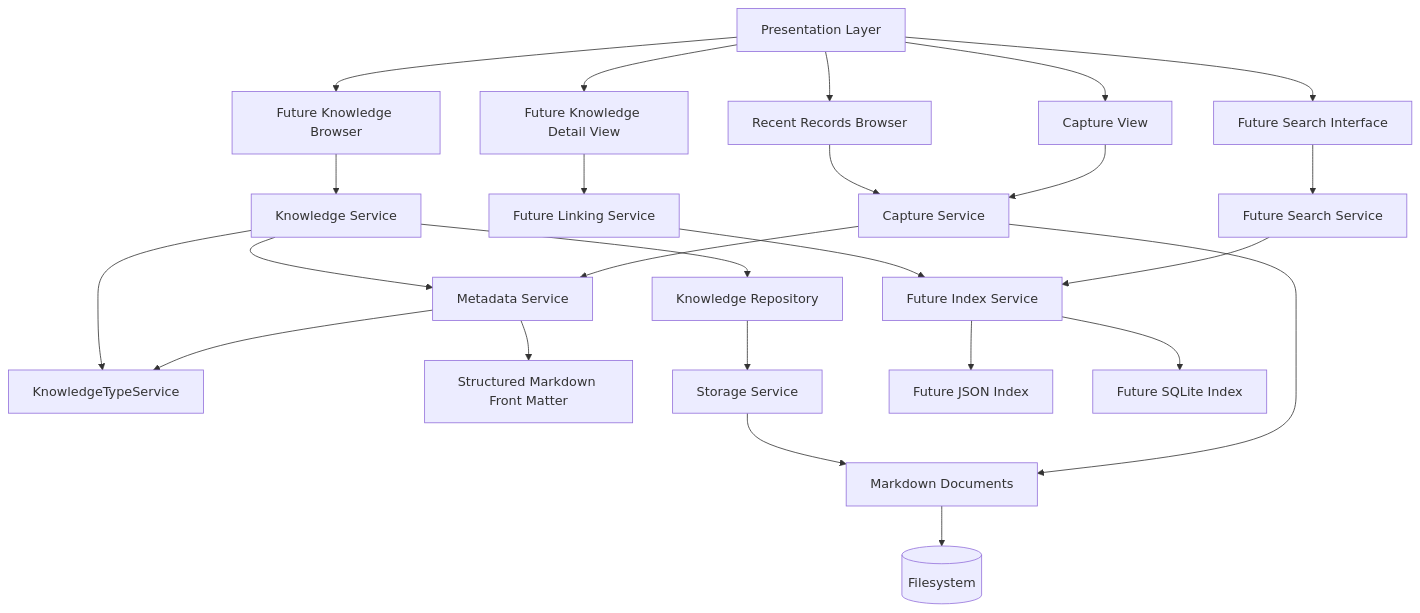
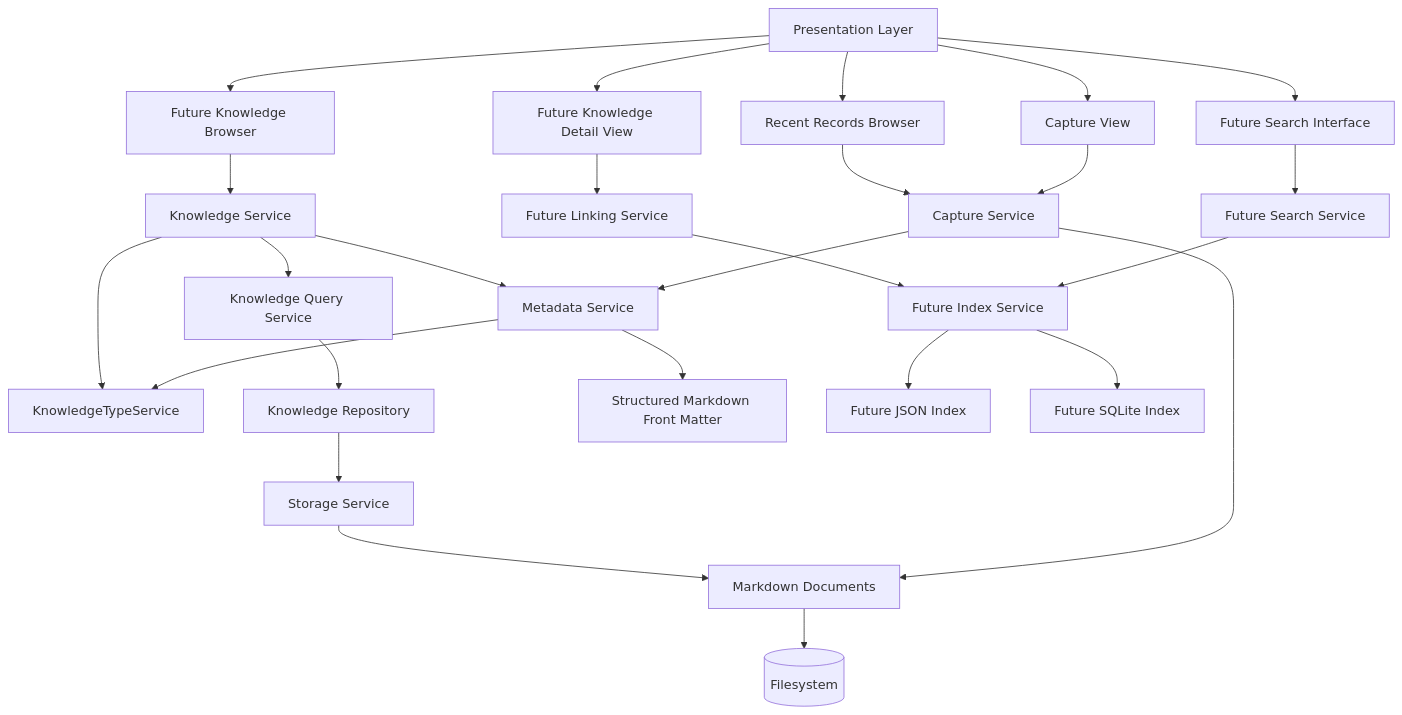
One commit to 2511677586/LifeOS changed the diagram in docs/Architecture.md. Above: the diagram before and after it, drawn with Mermaid. The commit also changed other lines of this file and 6 other files, not shown here.

Commit message:
feat: add Knowledge Query

````diff
--- a/docs/Architecture.md
+++ b/docs/Architecture.md
@@ -98,30 +109,31 @@
 ```mermaid
 graph TD
     UI[Presentation Layer] --> CV[Capture View]
     UI --> RB[Recent Records Browser]
     UI --> KB[Future Knowledge Browser]
     UI --> SI[Future Search Interface]
     UI --> DV[Future Knowledge Detail View]
 
     CV --> CS[Capture Service]
     RB --> CS
     KB --> KS[Knowledge Service]
     SI --> SS[Future Search Service]
     DV --> LS[Future Linking Service]
 
     CS --> MS[Metadata Service]
     MS --> KTS[KnowledgeTypeService]
-    KS --> KR[Knowledge Repository]
+    KS --> KQS[Knowledge Query Service]
+    KQS --> KR[Knowledge Repository]
     KS --> MS
     KS --> KTS
     MS --> SD[Structured Markdown Front Matter]
     CS --> MD[Markdown Documents]
     KR --> ST[Storage Service]
     ST --> MD
     SS --> IX[Future Index Service]
     LS --> IX
 
     MD --> FS[(Filesystem)]
     IX --> JI[Future JSON Index]
     IX --> SQ[Future SQLite Index]
 ```
````
